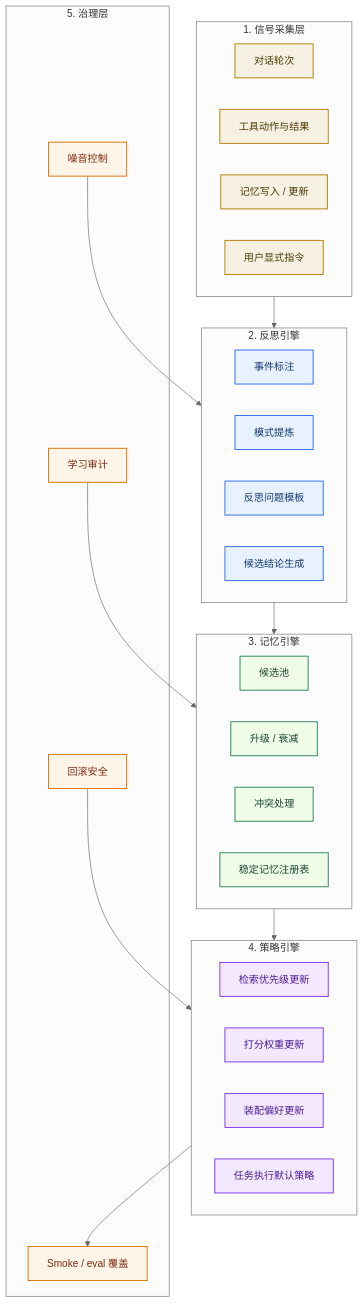
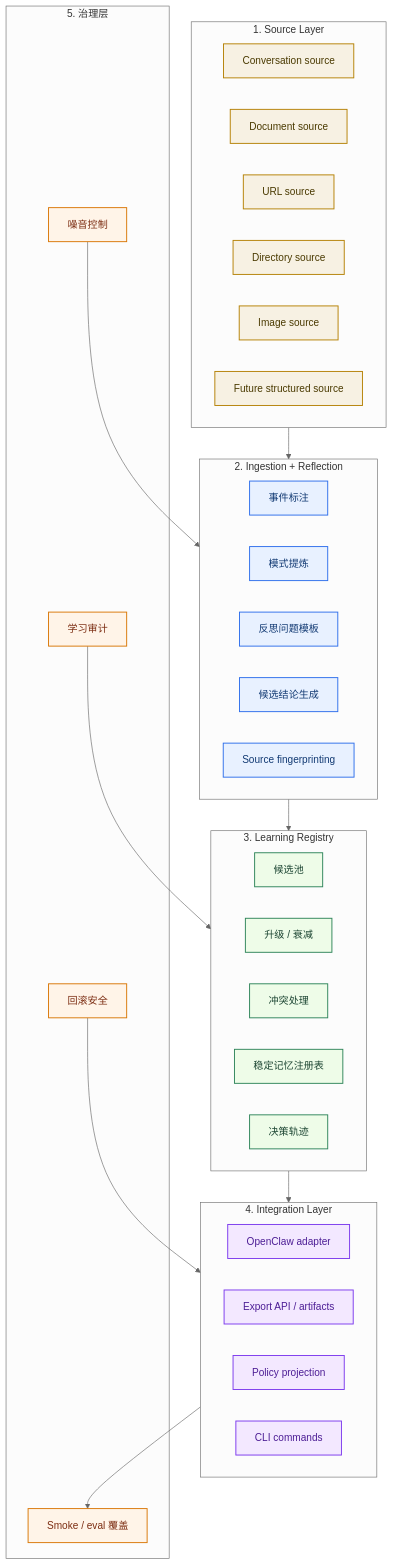
The eighth of 10 diagrams in self-learning-architecture.md (redcreen/memory-context-claw), drawn with Mermaid (neutral theme) before and after one commit. The commit also changed other lines of this file and 4 other files, not shown here.

Commit message:
Refine self-learning architecture boundaries

````diff
--- a/self-learning-architecture.md
+++ b/self-learning-architecture.md
@@ -621,56 +875,60 @@
 ```mermaid
 flowchart TB
-    subgraph L1["1. 信号采集层"]
-        A1["对话轮次"]
-        A2["工具动作与结果"]
-        A3["记忆写入 / 更新"]
-        A4["用户显式指令"]
+    subgraph L1["1. Source Layer"]
+        A1["Conversation source"]
+        A2["Document source"]
+        A3["URL source"]
+        A4["Directory source"]
+        A5["Image source"]
+        A6["Future structured source"]
     end
 
-    subgraph L2["2. 反思引擎"]
+    subgraph L2["2. Ingestion + Reflection"]
         B1["事件标注"]
         B2["模式提炼"]
         B3["反思问题模板"]
         B4["候选结论生成"]
+        B5["Source fingerprinting"]
     end
 
-    subgraph L3["3. 记忆引擎"]
+    subgraph L3["3. Learning Registry"]
         C1["候选池"]
         C2["升级 / 衰减"]
         C3["冲突处理"]
         C4["稳定记忆注册表"]
+        C5["决策轨迹"]
     end
 
-    subgraph L4["4. 策略引擎"]
-        D1["检索优先级更新"]
-        D2["打分权重更新"]
-        D3["装配偏好更新"]
-        D4["任务执行默认策略"]
+    subgraph L4["4. Integration Layer"]
+        D1["OpenClaw adapter"]
+        D2["Export API / artifacts"]
+        D3["Policy projection"]
+        D4["CLI commands"]
     end
 
     subgraph L5["5. 治理层"]
         E1["Smoke / eval 覆盖"]
         E2["学习审计"]
         E3["噪音控制"]
         E4["回滚安全"]
     end
 
     L1 --> L2
     L2 --> L3
     L3 --> L4
     L4 --> E1
     E2 --> L3
     E3 --> L2
     E4 --> L4
 
     classDef capture fill:#f7f1e3,stroke:#b58105,color:#4a3a00,stroke-width:1.5px;
     classDef reflect fill:#e8f1ff,stroke:#2f6feb,color:#123a73,stroke-width:1.5px;
     classDef memory fill:#eefce8,stroke:#2f855a,color:#1c4532,stroke-width:1.5px;
     classDef policy fill:#f3e8ff,stroke:#7c3aed,color:#4c1d95,stroke-width:1.5px;
     classDef govern fill:#fff4e8,stroke:#d97706,color:#7c2d12,stroke-width:1.5px;
-    class A1,A2,A3,A4 capture;
-    class B1,B2,B3,B4 reflect;
-    class C1,C2,C3,C4 memory;
+    class A1,A2,A3,A4,A5,A6 capture;
+    class B1,B2,B3,B4,B5 reflect;
+    class C1,C2,C3,C4,C5 memory;
     class D1,D2,D3,D4 policy;
     class E1,E2,E3,E4 govern;
 ```
````
